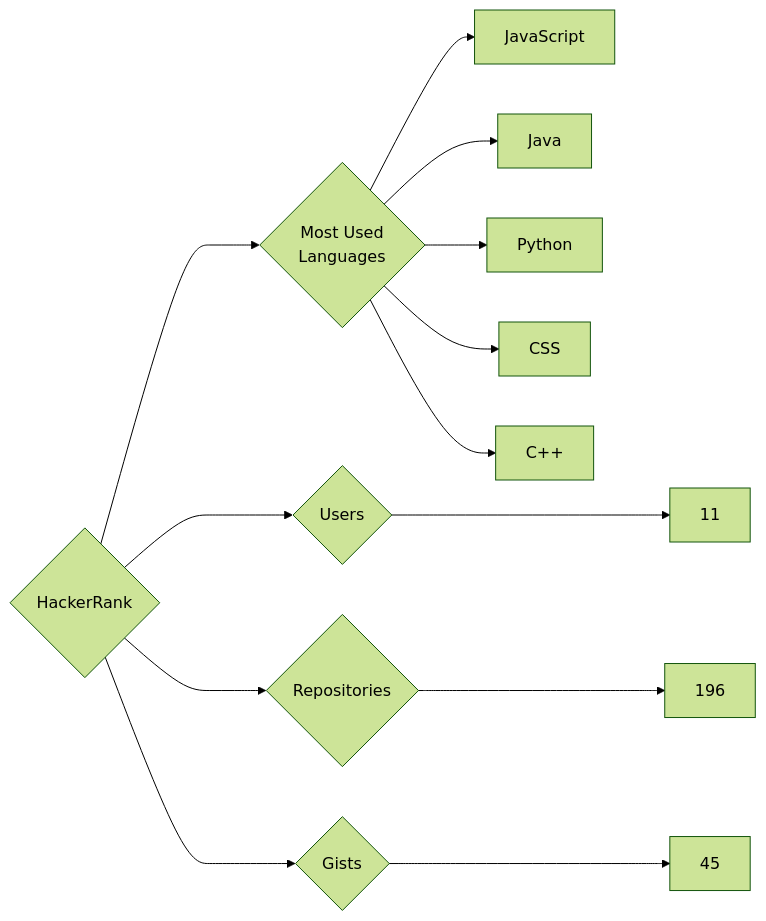
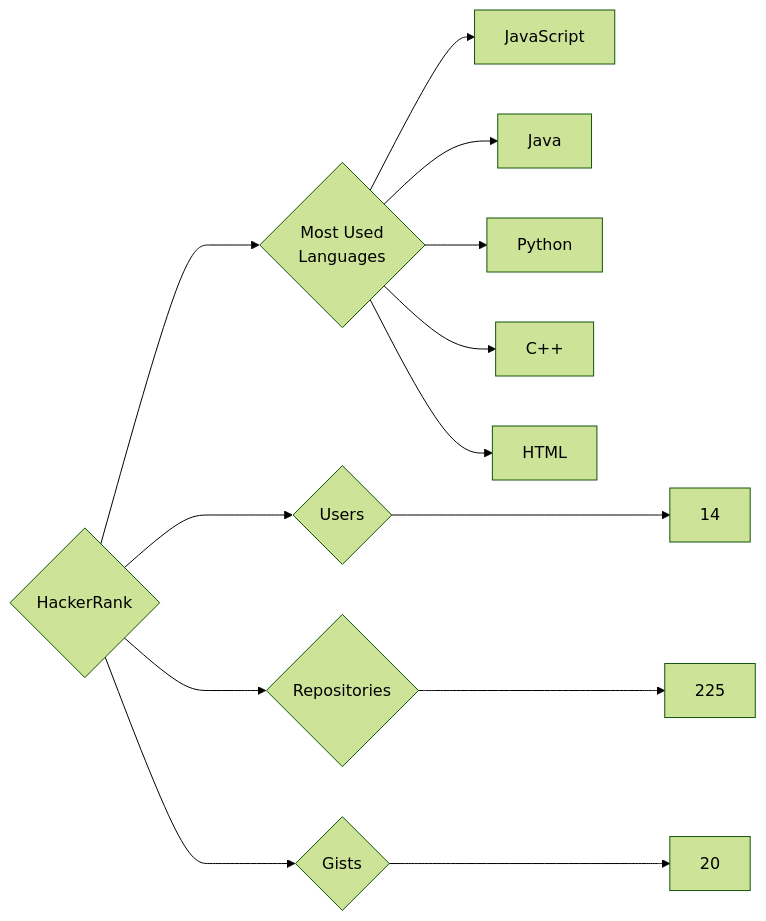
One commit to trickest/insiders changed the diagram in targets/HackerRank/README.md. Above: the diagram before and after it, drawn with Mermaid (forest theme). The commit also changed 970 other files, not shown here.

````diff
--- a/targets/HackerRank/README.md
+++ b/targets/HackerRank/README.md
@@ -3,13 +3,13 @@
 ```mermaid
 graph LR
 COMPANY_NAME{HackerRank}
-COMPANY_NAME ---> U{Users} ---> UN[11]
-COMPANY_NAME ---> R{Repositories} ---> RN[196]
-COMPANY_NAME ---> G{Gists} ---> GN[45]
+COMPANY_NAME ---> U{Users} ---> UN[14]
+COMPANY_NAME ---> R{Repositories} ---> RN[225]
+COMPANY_NAME ---> G{Gists} ---> GN[20]
 COMPANY_NAME ---> ML{Most Used<br>Languages}
 ML --> JavaScript[JavaScript]
 ML --> Java[Java]
 ML --> Python[Python]
-ML --> CSS[CSS]
 ML --> C++[C++]
+ML --> HTML[HTML]
 ```
````
